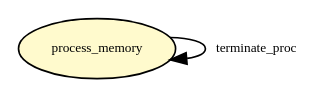
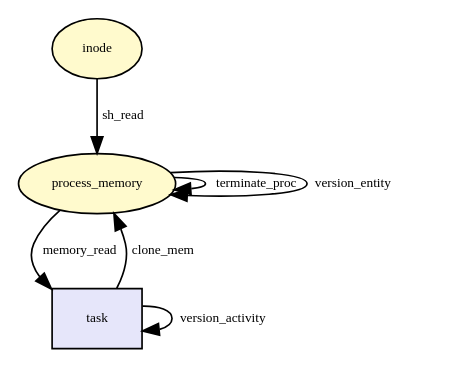
Before and after one commit to CamFlow/camflow-dev: the diagram in docs/dot/cred_free.dot, drawn with Graphviz. The commit also changed 4 other files, not shown here.

```diff
--- a/docs/dot/cred_free.dot
+++ b/docs/dot/cred_free.dot
@@ -1,5 +1,19 @@
 digraph RGL__DirectedAdjacencyGraph {process_memory[fontsize = 8,label = process_memory,shape = ellipse, fillcolor="#fffacd", style = filled]
 
 process_memory -> process_memory[fontsize = 8,label = terminate_proc]
 
+task[fontsize = 8,label = task,shape = rectangle, fillcolor="#e6e6fa", style = filled]
+
+process_memory -> task[fontsize = 8,label = memory_read]
+
+task -> process_memory[fontsize = 8,label = clone_mem]
+
+task -> task[fontsize = 8,label = version_activity]
+
+process_memory -> process_memory[fontsize = 8,label = version_entity]
+
+inode[fontsize = 8,label = inode,shape = ellipse, fillcolor="#fffacd", style = filled]
+
+inode -> process_memory[fontsize = 8,label = sh_read]
+
 }
```
